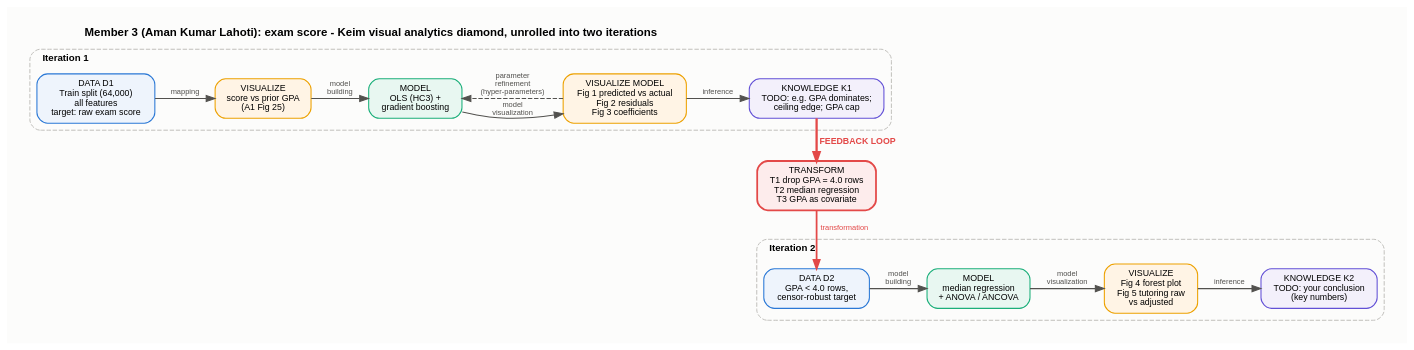
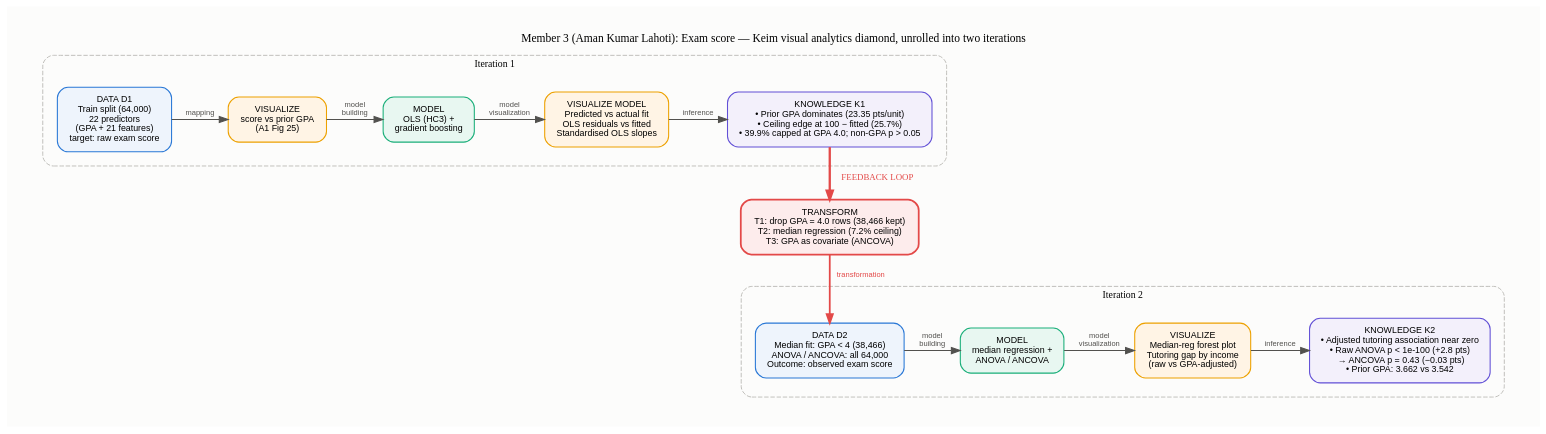
One commit to Tushaarkolipakula/DV changed the diagram in diagrams/M3_workflow_unrolled.dot. Above: the diagram before and after it, drawn with Graphviz. The commit also changed 17 other files, not shown here.

Commit message:
Verify Aman's regression workflow and publish its figures and results

```diff
--- a/diagrams/M3_workflow_unrolled.dot
+++ b/diagrams/M3_workflow_unrolled.dot
@@ -1,44 +1,45 @@
-// Member 3 TEMPLATE: edit the TODO text in the boxes, then render from this folder:
-//   dot -Tpng -Gdpi=170 M3_workflow_unrolled.dot -o ../images/M3_workflow_unrolled.png
-// Keep the red "FEEDBACK LOOP" edge: the brief requires that label.
-digraph M1 {
-  rankdir=TB; newrank=true; splines=spline; nodesep=0.45; ranksep=0.45;
-  bgcolor="#fcfcfb"; pad=0.25;
-  node [shape=box, style="rounded,filled", fontname="Helvetica", fontsize=10,
-        color="#8a8985", fillcolor="white", penwidth=1.2, margin="0.14,0.08"];
-  edge [fontname="Helvetica", fontsize=8.5, color="#52514e", fontcolor="#52514e", penwidth=1.2];
-  label="Member 3 (Aman Kumar Lahoti): exam score - Keim visual analytics diamond, unrolled into two iterations";
-  labelloc=t; labeljust=l; fontname="Helvetica-Bold"; fontsize=13;
+// Member 3 (Aman Kumar Lahoti): exam score - Keim visual analytics diamond,
+// unrolled into two iterations
+digraph M3 {
+    rankdir=TB; newrank=true; splines=spline; nodesep=0.45; ranksep=0.52;
+    bgcolor="#fcfcfb"; pad="0.45,0.35"; margin="0.15";
+    node [shape=box, style="rounded,filled", fontname="Arial", fontsize=10,
+          color="#8a8985", fillcolor="white", penwidth=1.2, margin="0.20,0.12"];
+    edge [fontname="Arial", fontsize=8.5, color="#52514e", fontcolor="#52514e",
+          penwidth=1.2];
+    label="Member 3 (Aman Kumar Lahoti): Exam score — Keim visual analytics diamond, unrolled into two iterations";
+    labelloc=t; labeljust=c; fontname="Arial Bold"; fontsize=13;
 
-  subgraph cluster_it1 {
-    label="Iteration 1"; fontname="Helvetica-Bold"; fontsize=11; style="rounded,dashed"; color="#b9b8b3";
-    D1 [label="DATA D1\nTrain split (64,000)\nall features\ntarget: raw exam score", fillcolor="#eef4fc", color="#2a78d6"];
-    V1 [label="VISUALIZE\nscore vs prior GPA\n(A1 Fig 25)", fillcolor="#fff4e5", color="#eda100"];
-    M1 [label="MODEL\nOLS (HC3) +\ngradient boosting", fillcolor="#e8f7f1", color="#1baf7a"];
-    V1b [label="VISUALIZE MODEL\nFig 1 predicted vs actual\nFig 2 residuals\nFig 3 coefficients", fillcolor="#fff4e5", color="#eda100"];
-    K1 [label="KNOWLEDGE K1\nTODO: e.g. GPA dominates;\nceiling edge; GPA cap", fillcolor="#f3f0fb", color="#6250d6"];
-    D1 -> V1 [label="mapping"];
-    V1 -> M1 [label="model\nbuilding"];
-    M1 -> V1b [label="model\nvisualization"];
-    V1b -> K1 [label="inference"];
-    V1b -> M1 [label="parameter\nrefinement\n(hyper-parameters)", style=dashed, constraint=false];
-    {rank=same; D1; V1; M1; V1b; K1;}
-  }
+    subgraph cluster_it1 {
+        label="Iteration 1"; fontname="Arial Bold"; fontsize=11;
+        style="rounded,dashed"; color="#b9b8b3"; margin=16;
+        D1 [label="DATA D1\nTrain split (64,000)\n22 predictors\n(GPA + 21 features)\ntarget: raw exam score", fillcolor="#eef4fc", color="#2a78d6"];
+        V1 [label="VISUALIZE\nscore vs prior GPA\n(A1 Fig 25)", fillcolor="#fff4e5", color="#eda100"];
+        M1 [label="MODEL\nOLS (HC3) +\ngradient boosting", fillcolor="#e8f7f1", color="#1baf7a"];
+        V1b [label="VISUALIZE MODEL\nPredicted vs actual fit\nOLS residuals vs fitted\nStandardised OLS slopes", fillcolor="#fff4e5", color="#eda100"];
+        K1 [label="KNOWLEDGE K1\n• Prior GPA dominates (23.35 pts/unit)\n• Ceiling edge at 100 − fitted (25.7%)\n• 39.9% capped at GPA 4.0; non-GPA p > 0.05", fillcolor="#f3f0fb", color="#6250d6"];
+        D1 -> V1 [label="mapping"];
+        V1 -> M1 [label="model\nbuilding"];
+        M1 -> V1b [label="model\nvisualization"];
+        V1b -> K1 [label="inference"];
+        {rank=same; D1; V1; M1; V1b; K1;}
+    }
 
-  T [label="TRANSFORM\nT1 drop GPA = 4.0 rows\nT2 median regression\nT3 GPA as covariate", fillcolor="#fdecec", color="#e34948", penwidth=2];
+    T [label="TRANSFORM\nT1: drop GPA = 4.0 rows (38,466 kept)\nT2: median regression (7.2% ceiling)\nT3: GPA as covariate (ANCOVA)", fillcolor="#fdecec", color="#e34948", penwidth=2, margin="0.22,0.12"];
 
-  subgraph cluster_it2 {
-    label="Iteration 2"; fontname="Helvetica-Bold"; fontsize=11; style="rounded,dashed"; color="#b9b8b3";
-    D2 [label="DATA D2\nGPA < 4.0 rows,\ncensor-robust target", fillcolor="#eef4fc", color="#2a78d6"];
-    M2 [label="MODEL\nmedian regression\n+ ANOVA / ANCOVA", fillcolor="#e8f7f1", color="#1baf7a"];
-    V2 [label="VISUALIZE\nFig 4 forest plot\nFig 5 tutoring raw\nvs adjusted", fillcolor="#fff4e5", color="#eda100"];
-    K2 [label="KNOWLEDGE K2\nTODO: your conclusion\n(key numbers)", fillcolor="#f3f0fb", color="#6250d6"];
-    D2 -> M2 [label="model\nbuilding"];
-    M2 -> V2 [label="model\nvisualization"];
-    V2 -> K2 [label="inference"];
-    {rank=same; D2; M2; V2; K2;}
-  }
+    subgraph cluster_it2 {
+        label="Iteration 2"; fontname="Arial Bold"; fontsize=11;
+        style="rounded,dashed"; color="#b9b8b3"; margin=16;
+        D2 [label="DATA D2\nMedian fit: GPA < 4 (38,466)\nANOVA / ANCOVA: all 64,000\nOutcome: observed exam score", fillcolor="#eef4fc", color="#2a78d6"];
+        M2 [label="MODEL\nmedian regression +\nANOVA / ANCOVA", fillcolor="#e8f7f1", color="#1baf7a"];
+        V2 [label="VISUALIZE\nMedian-reg forest plot\nTutoring gap by income\n(raw vs GPA-adjusted)", fillcolor="#fff4e5", color="#eda100"];
+        K2 [label="KNOWLEDGE K2\n• Adjusted tutoring association near zero\n• Raw ANOVA p < 1e-100 (+2.8 pts)\n  → ANCOVA p = 0.43 (−0.03 pts)\n• Prior GPA: 3.662 vs 3.542", fillcolor="#f3f0fb", color="#6250d6"];
+        D2 -> M2 [label="model\nbuilding"];
+        M2 -> V2 [label="model\nvisualization"];
+        V2 -> K2 [label="inference"];
+        {rank=same; D2; M2; V2; K2;}
+    }
 
-  K1 -> T [label="FEEDBACK LOOP", color="#e34948", fontcolor="#e34948", penwidth=2.6, fontsize=10, fontname="Helvetica-Bold"];
-  T -> D2 [label="transformation", color="#e34948", fontcolor="#e34948", penwidth=2];
+    K1 -> T [label="    FEEDBACK LOOP", color="#e34948", fontcolor="#e34948", penwidth=2.6, fontsize=10, fontname="Arial Bold"];
+    T -> D2 [label="    transformation", color="#e34948", fontcolor="#e34948", penwidth=2];
 }
```
